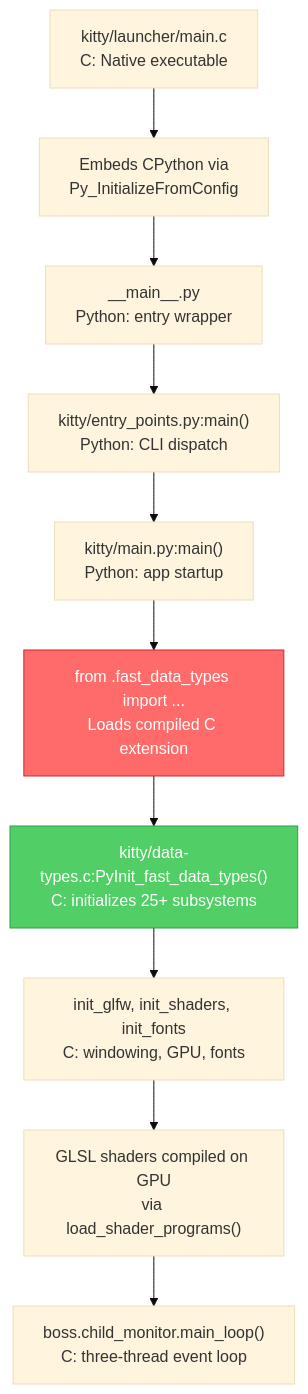
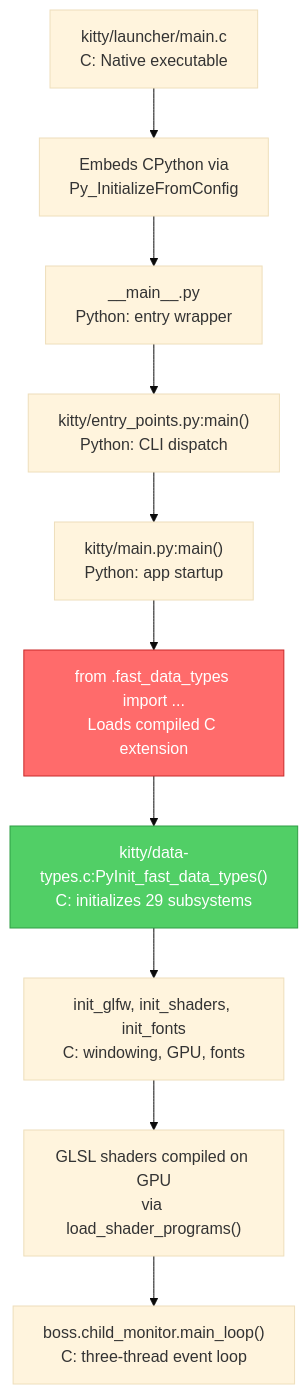
Before and after one commit to blitzy-research/kitty: the diagram in blitzy/documentation/kitty_815df1e210e0.md, drawn with Mermaid (base theme). The commit also changed other lines of this file, not shown here.

First line of the commit message:
fix: address 8 code review findings in kitty architectural Q&A document

````diff
--- a/blitzy/documentation/kitty_815df1e210e0.md
+++ b/blitzy/documentation/kitty_815df1e210e0.md
@@ -749,15 +755,15 @@
 ```mermaid
 flowchart TD
     A["kitty/launcher/main.c<br/>C: Native executable"] --> B["Embeds CPython via<br/>Py_InitializeFromConfig"]
     B --> C["__main__.py<br/>Python: entry wrapper"]
     C --> D["kitty/entry_points.py:main()<br/>Python: CLI dispatch"]
     D --> E["kitty/main.py:main()<br/>Python: app startup"]
     E --> F["from .fast_data_types import ...<br/>Loads compiled C extension"]
-    F --> G["kitty/data-types.c:PyInit_fast_data_types()<br/>C: initializes 25+ subsystems"]
+    F --> G["kitty/data-types.c:PyInit_fast_data_types()<br/>C: initializes 29 subsystems"]
     G --> H["init_glfw, init_shaders, init_fonts<br/>C: windowing, GPU, fonts"]
     H --> I["GLSL shaders compiled on GPU<br/>via load_shader_programs()"]
     I --> J["boss.child_monitor.main_loop()<br/>C: three-thread event loop"]
 
     style F fill:#ff6b6b,stroke:#c92a2a,color:#fff
     style G fill:#51cf66,stroke:#2f9e44,color:#fff
 ```
````
